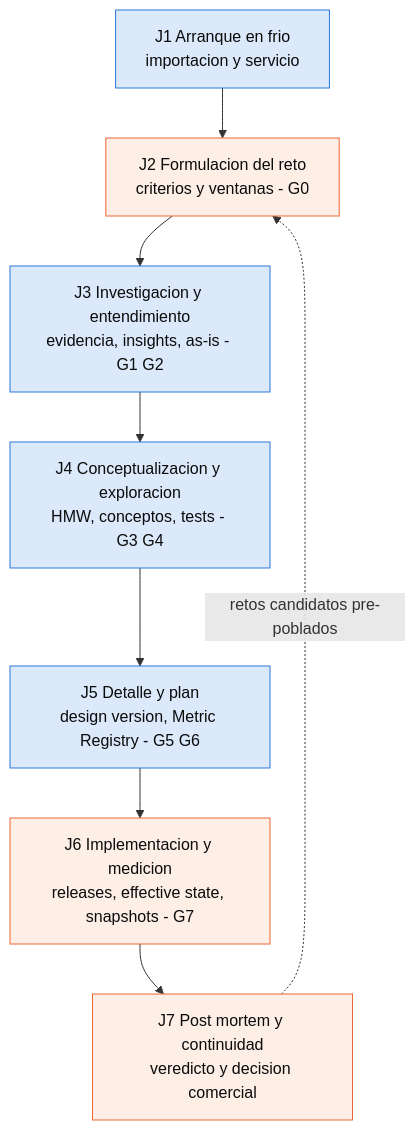
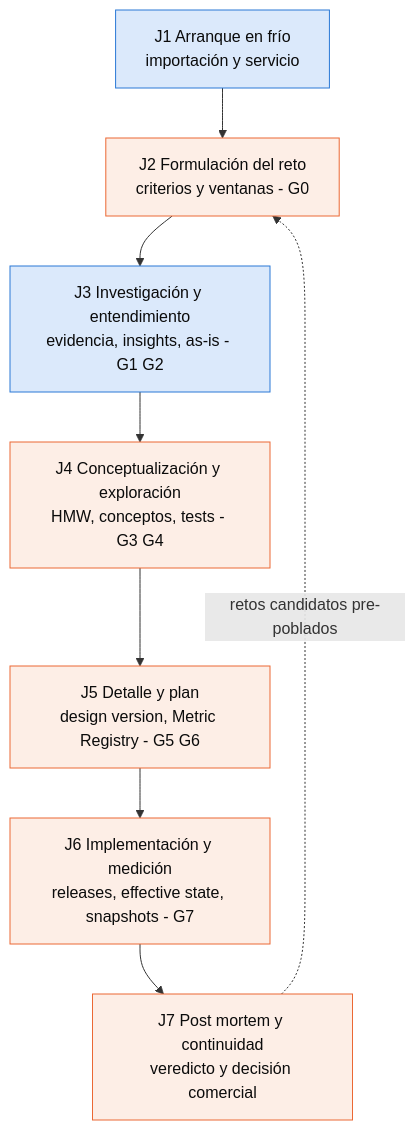
Before and after one commit to jtrujillo-ws/designio-app: the first of 9 diagrams in docs/04-journeys/journeys-plataforma.md, drawn with Mermaid. The commit also changed other lines of this file and 4 other files, not shown here.

````diff
--- a/docs/04-journeys/journeys-plataforma.md
+++ b/docs/04-journeys/journeys-plataforma.md
@@ -55,15 +55,15 @@
 ```mermaid
 flowchart TD
-  J1["J1 Arranque en frio<br/>importacion y servicio"] --> J2["J2 Formulacion del reto<br/>criterios y ventanas - G0"]
-  J2 --> J3["J3 Investigacion y entendimiento<br/>evidencia, insights, as-is - G1 G2"]
-  J3 --> J4["J4 Conceptualizacion y exploracion<br/>HMW, conceptos, tests - G3 G4"]
+  J1["J1 Arranque en frío<br/>importación y servicio"] --> J2["J2 Formulación del reto<br/>criterios y ventanas - G0"]
+  J2 --> J3["J3 Investigación y entendimiento<br/>evidencia, insights, as-is - G1 G2"]
+  J3 --> J4["J4 Conceptualización y exploración<br/>HMW, conceptos, tests - G3 G4"]
   J4 --> J5["J5 Detalle y plan<br/>design version, Metric Registry - G5 G6"]
-  J5 --> J6["J6 Implementacion y medicion<br/>releases, effective state, snapshots - G7"]
-  J6 --> J7["J7 Post mortem y continuidad<br/>veredicto y decision comercial"]
+  J5 --> J6["J6 Implementación y medición<br/>releases, effective state, snapshots - G7"]
+  J6 --> J7["J7 Post mortem y continuidad<br/>veredicto y decisión comercial"]
   J7 -.->|retos candidatos pre-poblados| J2
 
   classDef boutique fill:#dbe9fb,stroke:#2a78d6,color:#0b0b0b
   classDef cliente fill:#fdeee6,stroke:#eb6834,color:#0b0b0b
-  class J1,J3,J4,J5 boutique
-  class J2,J6,J7 cliente
+  class J1,J3 boutique
+  class J2,J4,J5,J6,J7 cliente
 ```
````
